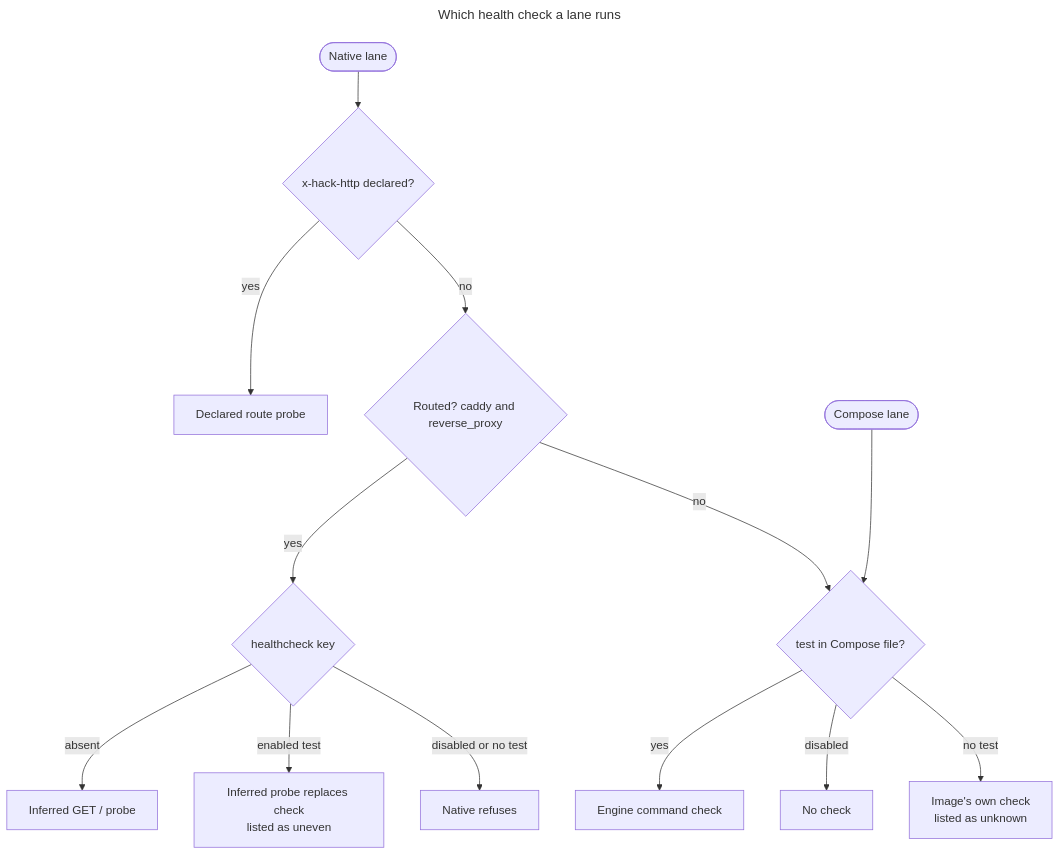
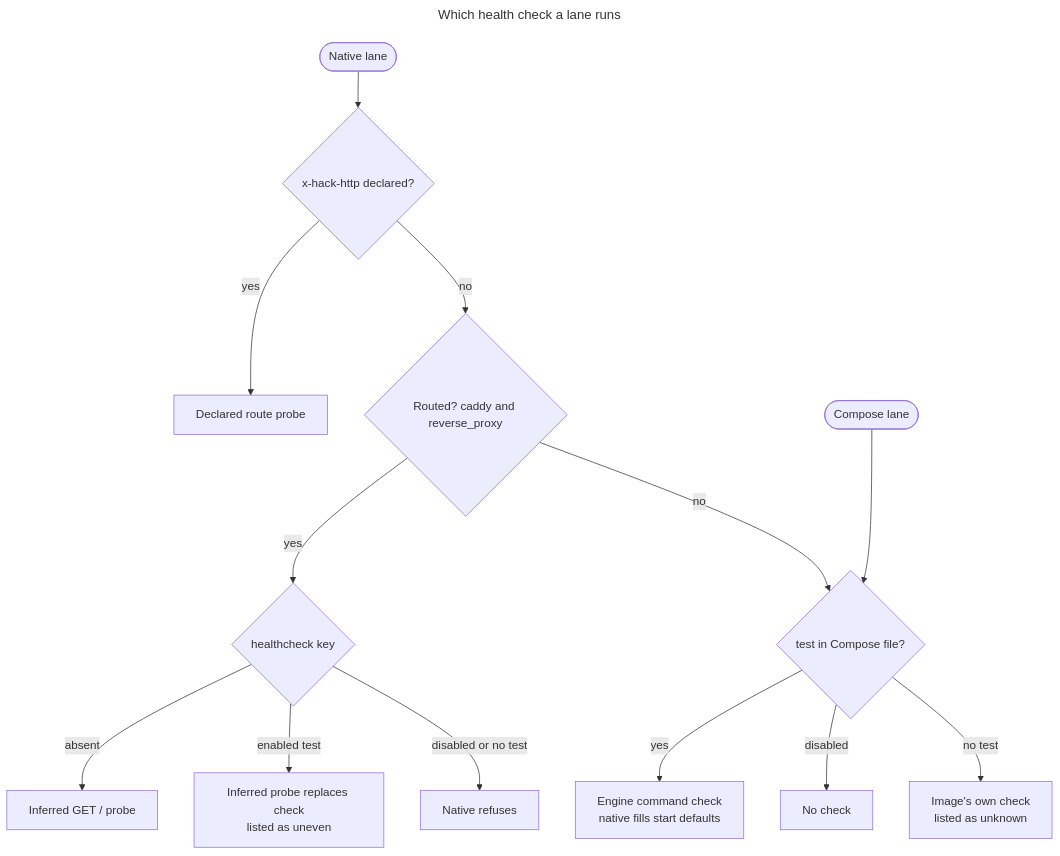
One commit to hack-dance/hack changed the diagram in docs/diagrams/bench-health-checks.mmd. Above: the diagram before and after it, drawn with Mermaid. The commit also changed 5 other files, not shown here.

First line of the commit message:
fix(bench): record native's start defaults and flag the cadence they make uneven

```diff
--- a/docs/diagrams/bench-health-checks.mmd
+++ b/docs/diagrams/bench-health-checks.mmd
@@ -1,21 +1,21 @@
 ---
 title: Which health check a lane runs
 ---
 flowchart TD
     N([Native lane]) --> X{x-hack-http declared?}
     X -->|yes| D[Declared route probe]
     X -->|no| R{Routed? caddy and reverse_proxy}
     R -->|yes| K{healthcheck key}
     K -->|absent| I[Inferred GET / probe]
     K -->|enabled test| IR[Inferred probe replaces check<br/>listed as uneven]
     K -->|disabled or no test| F[Native refuses]
     R -->|no| T{test in Compose file?}
     C([Compose lane]) --> T
-    T -->|yes| E[Engine command check]
+    T -->|yes| E[Engine command check<br/>native fills start defaults]
     T -->|disabled| O[No check]
     T -->|no test| U[Image's own check<br/>listed as unknown]
     class D,I,E ok
     class IR,U wait
     class F fail
     class O idle
     class N,C live
```
